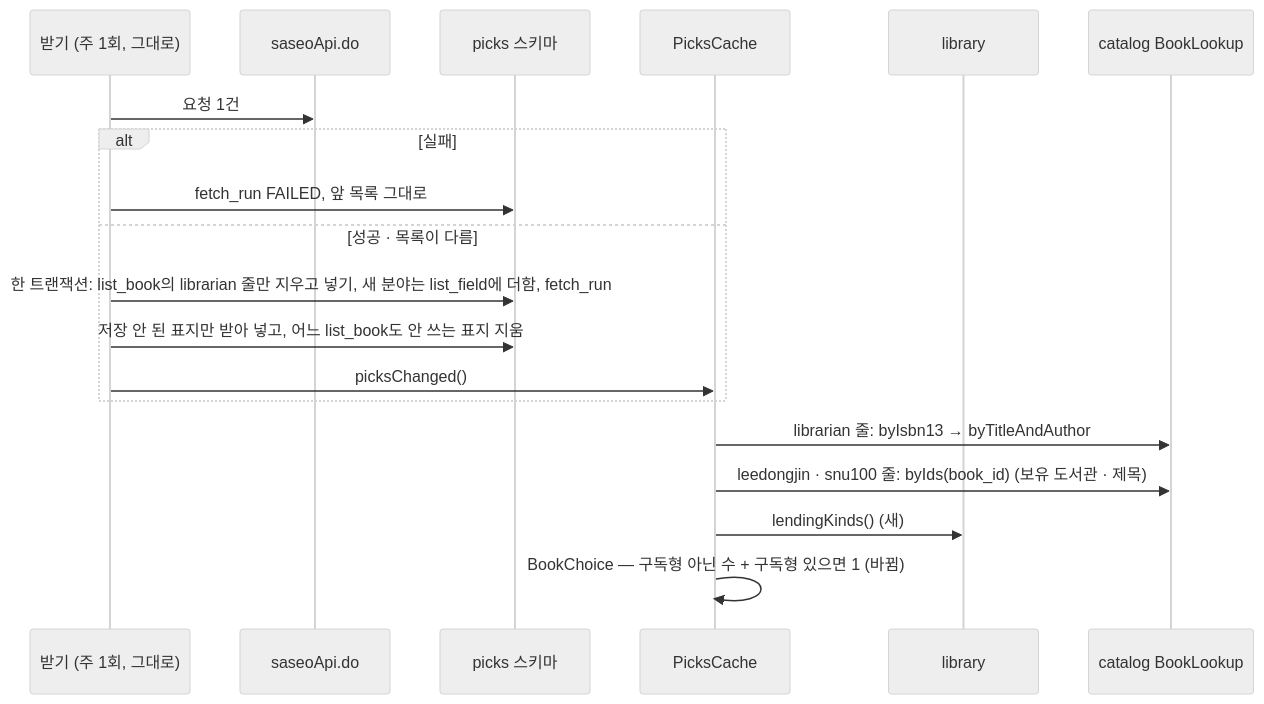
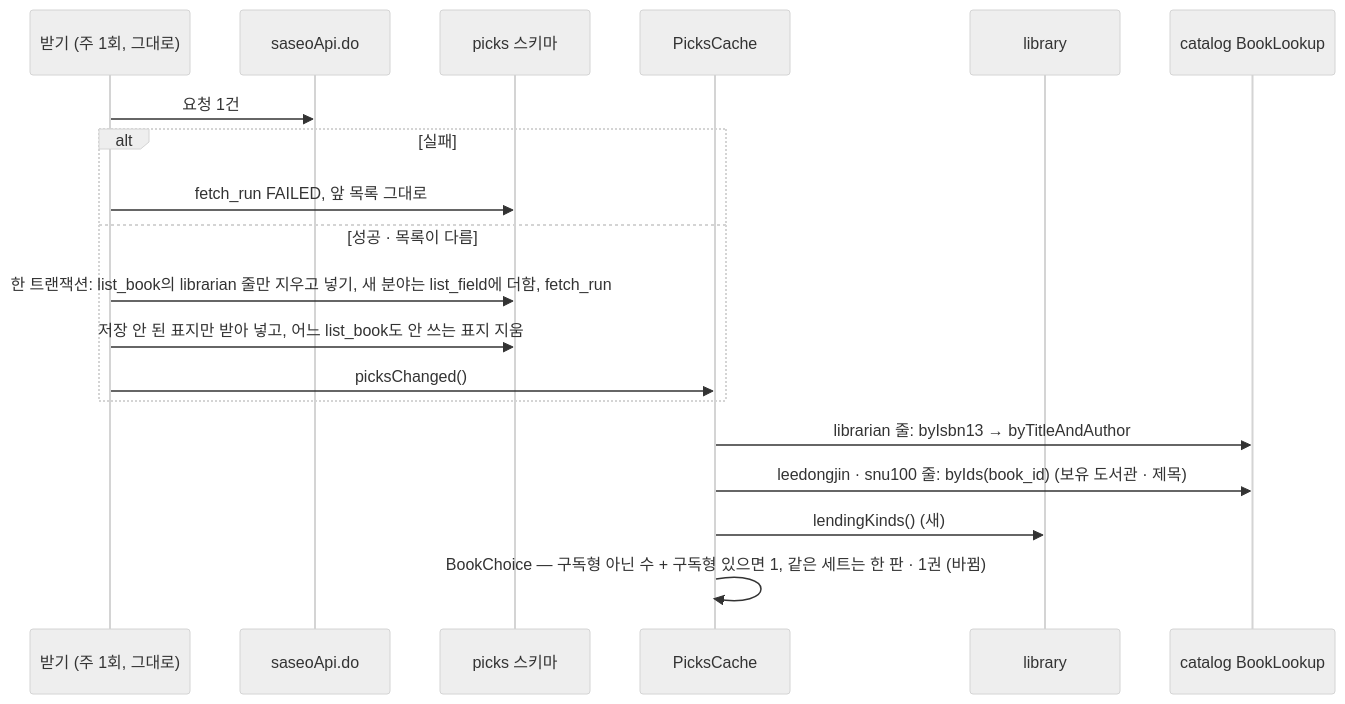
Before and after one commit to hodu-sketch/chaekcheck-plan: diagram 53 of 57 in docs/current/flows.md, drawn with Mermaid (neutral theme). The commit also changed other lines of this file and 20 other files, not shown here.

````diff
--- a/docs/current/flows.md
+++ b/docs/current/flows.md
@@ -1676,21 +1683,21 @@
 ```mermaid
 sequenceDiagram
   participant J as 받기 (주 1회, 그대로)
   participant N as saseoApi.do
   participant DB as picks 스키마
   participant CA as PicksCache
   participant L as library
   participant CT as catalog BookLookup
   J->>N: 요청 1건
   alt 실패
     J->>DB: fetch_run FAILED, 앞 목록 그대로
   else 성공 · 목록이 다름
     J->>DB: 한 트랜잭션: list_book의 librarian 줄만 지우고 넣기, 새 분야는 list_field에 더함, fetch_run
     J->>DB: 저장 안 된 표지만 받아 넣고, 어느 list_book도 안 쓰는 표지 지움
     J->>CA: picksChanged()
   end
   CA->>CT: librarian 줄: byIsbn13 → byTitleAndAuthor
   CA->>CT: leedongjin · snu100 줄: byIds(book_id) (보유 도서관 · 제목)
   CA->>L: lendingKinds() (새)
-  CA->>CA: BookChoice — 구독형 아닌 수 + 구독형 있으면 1 (바뀜)
+  CA->>CA: BookChoice — 구독형 아닌 수 + 구독형 있으면 1, 같은 세트는 한 판 · 1권 (바뀜)
 ```
````
